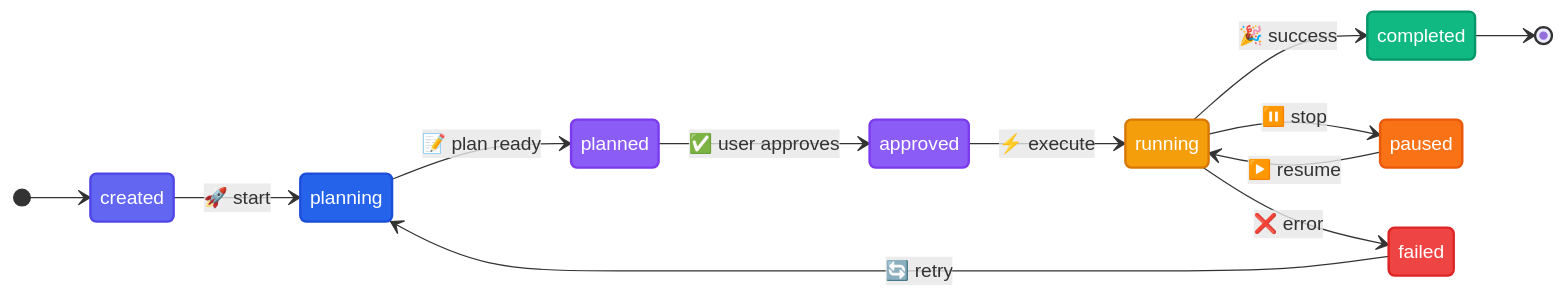
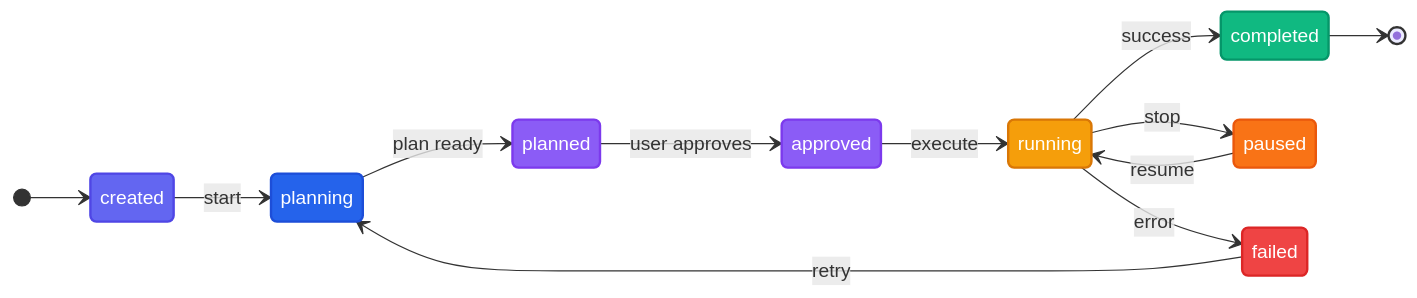
One commit to davidebaraldo/Klaudio changed the second of 2 diagrams in README.md. Above: the diagram before and after it, drawn with Mermaid. The commit also changed other lines of this file and 3 other files, not shown here.

First line of the commit message:
docs: redesign README, CONTRIBUTING, and ROADMAP for open-source appeal

````diff
--- a/README.md
+++ b/README.md
@@ -197,35 +200,35 @@
 ```mermaid
 stateDiagram-v2
     direction LR
 
     [*] --> created
-    created --> planning : 🚀 start
-    planning --> planned : 📝 plan ready
-    planned --> approved : ✅ user approves
-    approved --> running : ⚡ execute
+    created --> planning : start
+    planning --> planned : plan ready
+    planned --> approved : user approves
+    approved --> running : execute
 
-    running --> completed : 🎉 success
-    running --> paused : ⏸️ stop
-    running --> failed : ❌ error
+    running --> completed : success
+    running --> paused : stop
+    running --> failed : error
 
-    paused --> running : ▶️ resume
-    failed --> planning : 🔄 retry
+    paused --> running : resume
+    failed --> planning : retry
     completed --> [*]
 
     classDef initial fill:#6366f1,color:#fff,stroke:#4f46e5,stroke-width:2px
     classDef progress fill:#2563eb,color:#fff,stroke:#1d4ed8,stroke-width:2px
     classDef review fill:#8b5cf6,color:#fff,stroke:#7c3aed,stroke-width:2px
     classDef active fill:#f59e0b,color:#fff,stroke:#d97706,stroke-width:2px
     classDef success fill:#10b981,color:#fff,stroke:#059669,stroke-width:2px
     classDef warn fill:#f97316,color:#fff,stroke:#ea580c,stroke-width:2px
     classDef error fill:#ef4444,color:#fff,stroke:#dc2626,stroke-width:2px
 
     class created initial
     class planning progress
     class planned review
     class approved review
     class running active
     class completed success
     class paused warn
     class failed error
 ```
````
